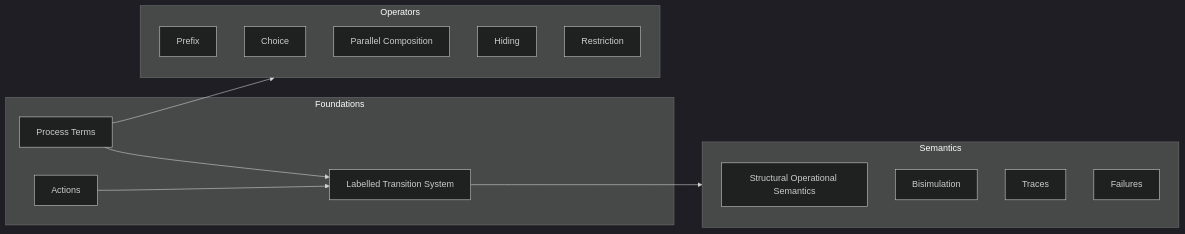
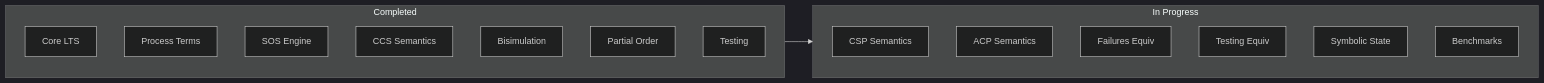
The second of 2 diagrams in process-algebra-verifier/README.md (yshaaban/pa), drawn with Mermaid (dark theme) before and after one commit. The commit also changed other lines of this file, not shown here.

Commit message:
Add mermaid diagrams to README for better visualization

````diff
--- a/process-algebra-verifier/README.md
+++ b/process-algebra-verifier/README.md
@@ -40,28 +48,23 @@
 ```mermaid
 graph LR
-    subgraph Foundations
-        LTS[Labelled Transition System]
+    subgraph Complete[Completed]
+        Core[Core LTS]
         Terms[Process Terms]
-        Actions[Actions]
+        SOS[SOS Engine]
+        CCS[CCS Semantics]
+        Bisim[Bisimulation]
+        POR[Partial Order]
+        Test[Testing]
     end
 
-    subgraph Operators
-        Prefix[Prefix]
-        Choice[Choice]
-        Parallel[Parallel Composition]
-        Hide[Hiding]
-        Restrict[Restriction]
+    subgraph Progress[In Progress]
+        CSP[CSP Semantics]
+        ACP[ACP Semantics]
+        Failures[Failures Equiv]
+        Testing[Testing Equiv]
+        Symbolic[Symbolic State]
+        Bench[Benchmarks]
     end
 
-    subgraph Semantics
-        SOS[Structural Operational Semantics]
-        Bisim[Bisimulation]
-        Trace[Traces]
-        Fail[Failures]
-    end
-
-    Terms --> Operators
-    Actions --> LTS
-    Terms --> LTS
-    LTS --> Semantics
+    Complete --> Progress
 ```
````
